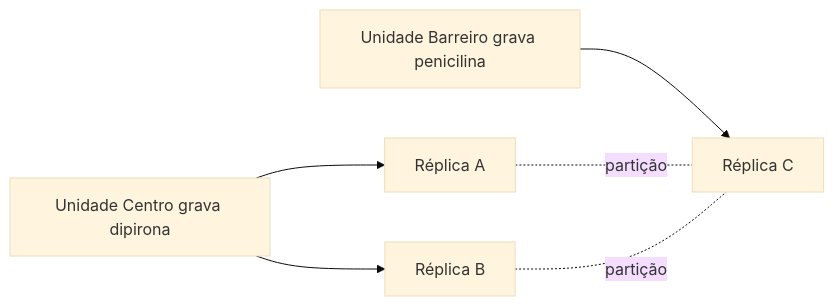
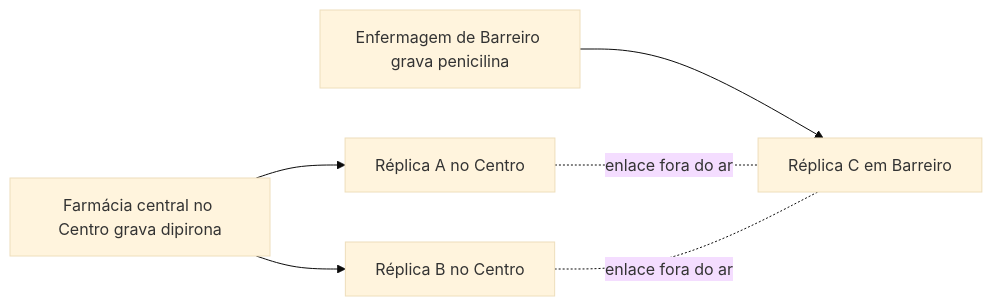
The fourth of 7 diagrams in docs/modulo-3-servicos/padroes-e-decisoes.md (marco-mendes/arquitetura-software), drawn with Mermaid (base theme) before and after one commit. The commit also changed other lines of this file, not shown here.

First line of the commit message:
docs(modulo-3): exemplo de partição com causa e consequência para a paciente

````diff
--- a/docs/modulo-3-servicos/padroes-e-decisoes.md
+++ b/docs/modulo-3-servicos/padroes-e-decisoes.md
@@ -295,8 +297,8 @@
 ```mermaid
 flowchart LR
-    Centro[Unidade Centro grava dipirona] --> A[Réplica A]
-    Centro --> B[Réplica B]
-    Barreiro[Unidade Barreiro grava penicilina] --> C[Réplica C]
-    A -. partição .- C
-    B -. partição .- C
+    Centro[Farmácia central no Centro grava dipirona] --> A[Réplica A no Centro]
+    Centro --> B[Réplica B no Centro]
+    Barreiro[Enfermagem de Barreiro grava penicilina] --> C[Réplica C em Barreiro]
+    A -. enlace fora do ar .- C
+    B -. enlace fora do ar .- C
 ```
````
